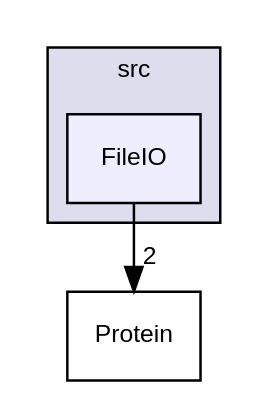
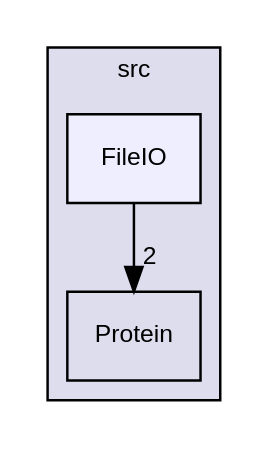
The diagram in dir_c0a4e14084e9f7c16bbb9096e2bb1bfb_dep.dot (Mohamed-Nser-Said/ffp), drawn with Graphviz before and after one commit. The commit also changed other lines of this file and 94 other files, not shown here.

```diff
--- a/dir_c0a4e14084e9f7c16bbb9096e2bb1bfb_dep.dot
+++ b/dir_c0a4e14084e9f7c16bbb9096e2bb1bfb_dep.dot
@@ -1,11 +1,11 @@
 digraph "/home/runner/work/ffp/ffp/src/FileIO" {
   compound=true
   node [ fontsize="10", fontname="Helvetica"];
   edge [ labelfontsize="10", labelfontname="Helvetica"];
   subgraph clusterdir_68267d1309a1af8e8297ef4c3efbcdba {
     graph [ bgcolor="#ddddee", pencolor="black", label="src" fontname="Helvetica", fontsize="10", URL="dir_68267d1309a1af8e8297ef4c3efbcdba.html"]
+  dir_32797135fe23c5eec817d4836231640f [shape=box label="Protein" URL="dir_32797135fe23c5eec817d4836231640f.html"];
   dir_c0a4e14084e9f7c16bbb9096e2bb1bfb [shape=box, label="FileIO", style="filled", fillcolor="#eeeeff", pencolor="black", URL="dir_c0a4e14084e9f7c16bbb9096e2bb1bfb.html"];
   }
-  dir_32797135fe23c5eec817d4836231640f [shape=box label="Protein" URL="dir_32797135fe23c5eec817d4836231640f.html"];
   dir_c0a4e14084e9f7c16bbb9096e2bb1bfb->dir_32797135fe23c5eec817d4836231640f [headlabel="2", labeldistance=1.5 headhref="dir_000001_000002.html"];
 }
```
